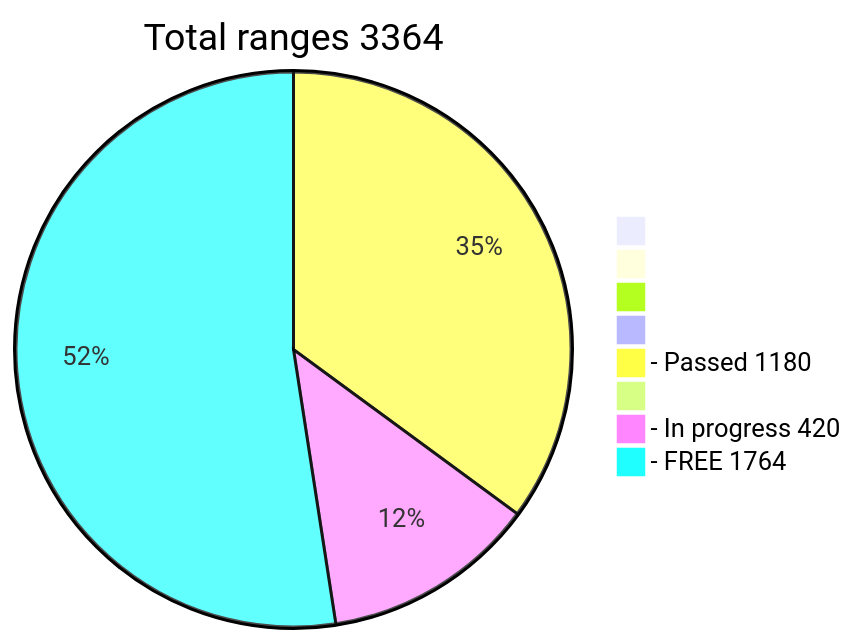
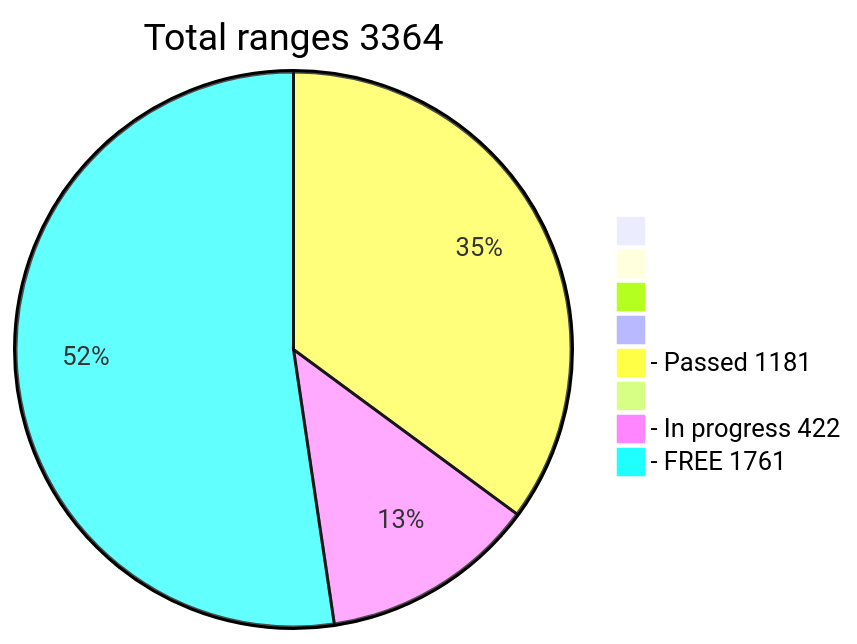
Before and after one commit to phrutis/wif500: the diagram in README.md, drawn with Mermaid.

````diff
--- a/README.md
+++ b/README.md
@@ -16,12 +16,12 @@
 ```mermaid
 pie title Total ranges 3364
              " " : 0
             "  " : 0
            "   " : 0
           "    " : 0
-  "- Passed 1180" : 1180
+  "- Passed 1181" : 1181
          "     " : 0
-  "- In progress 420" : 420
-   "- FREE 1764" : 1764
+  "- In progress 422" : 422
+   "- FREE 1761" : 1761
    
 ```
````
